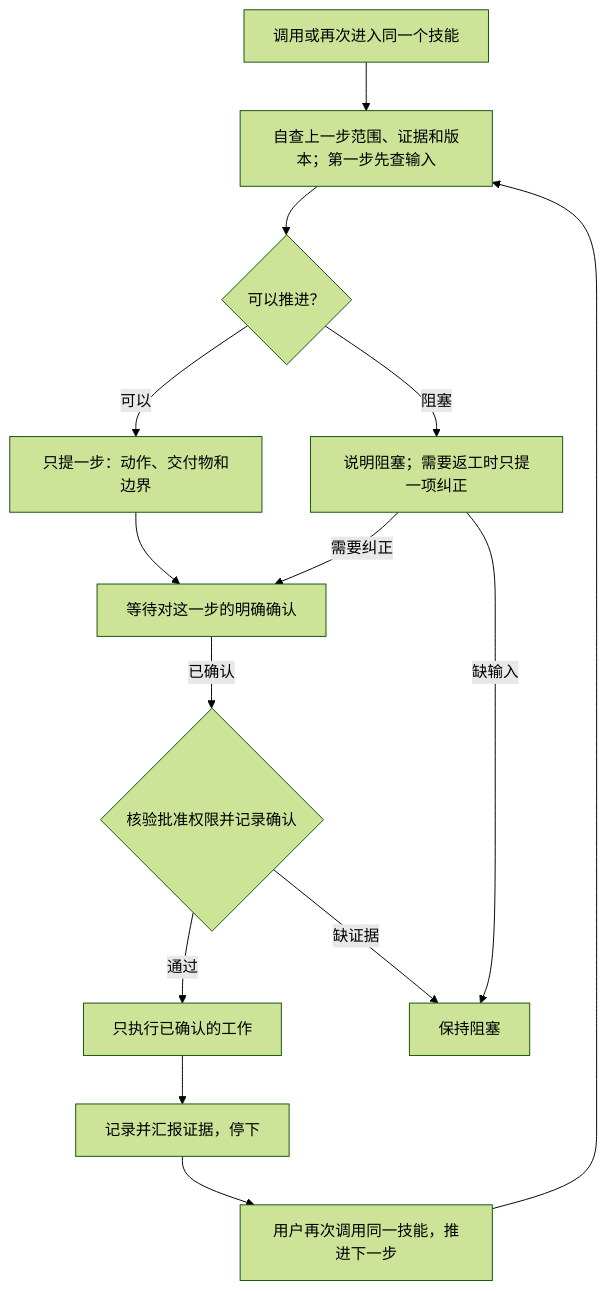
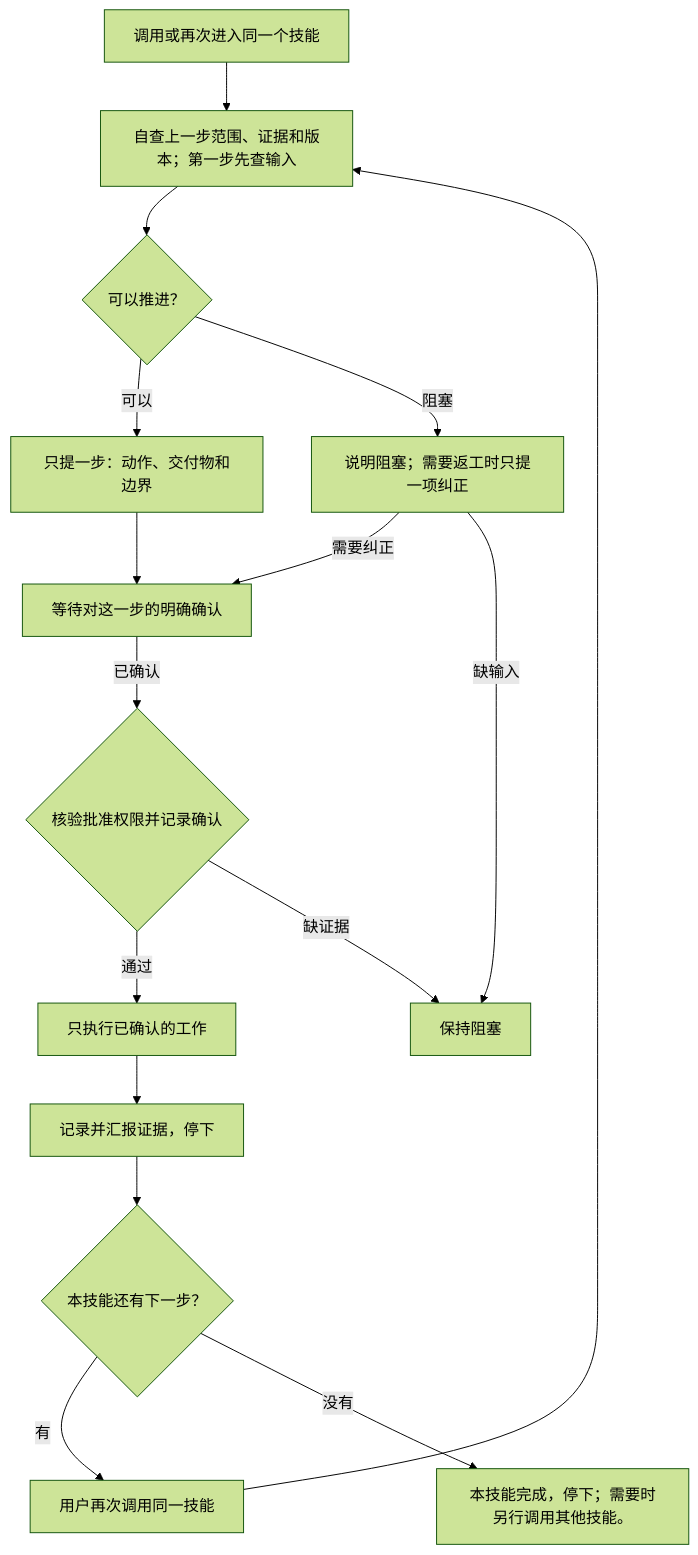
The diagram in README.zh-CN.md (cl920401/lets-grunt), drawn with Mermaid (forest theme) before and after one commit. The commit also changed other lines of this file and 16 other files, not shown here.

````diff
--- a/README.zh-CN.md
+++ b/README.zh-CN.md
@@ -22,16 +22,18 @@
 ```mermaid
 flowchart TD
     A["调用或再次进入同一个技能"] --> B["自查上一步范围、证据和版本；第一步先查输入"]
     B --> C{"可以推进？"}
     C -->|"可以"| D["只提一步：动作、交付物和边界"]
     C -->|"阻塞"| E["说明阻塞；需要返工时只提一项纠正"]
     D --> F["等待对这一步的明确确认"]
     E -->|"需要纠正"| F
     E -->|"缺输入"| G["保持阻塞"]
     F -->|"已确认"| K{"核验批准权限并记录确认"}
     K -->|"通过"| H["只执行已确认的工作"]
     K -->|"缺证据"| G
     H --> I["记录并汇报证据，停下"]
-    I --> J["用户再次调用同一技能，推进下一步"]
+    I --> L{"本技能还有下一步？"}
+    L -->|"有"| J["用户再次调用同一技能"]
     J --> B
+    L -->|"没有"| M["本技能完成，停下；需要时另行调用其他技能。"]
 ```
````
